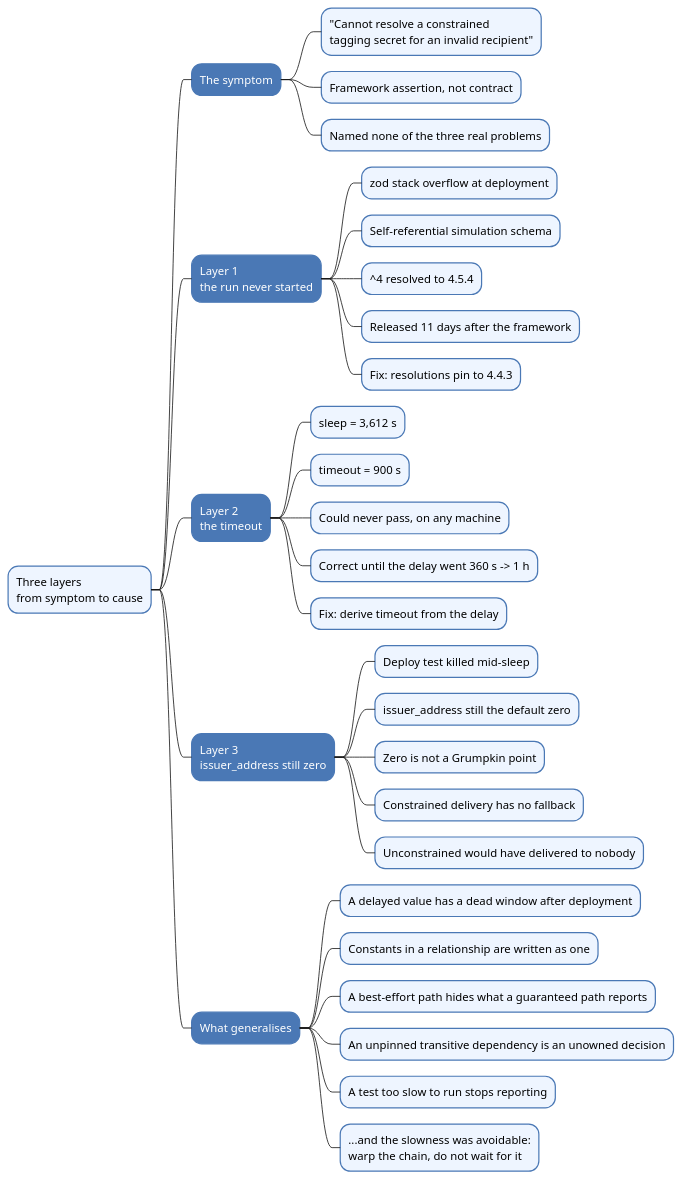
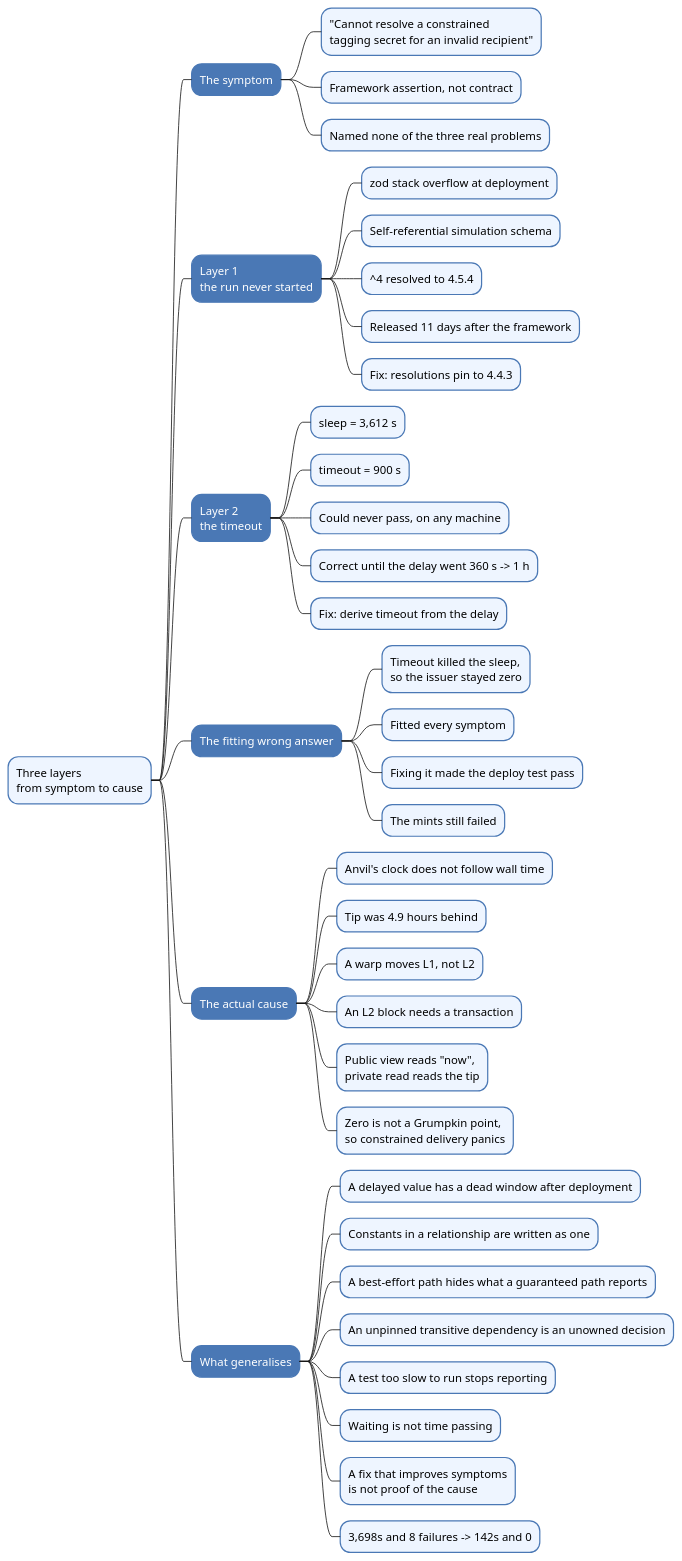
One commit to rya-sge/access-denied changed the diagram in assets/article/blockchain/aztec/2026-09-23-aztec-e2e-three-layers-mindmap.puml. Above: the diagram before and after it, drawn with PlantUML. The commit also changed 50 other files, not shown here.

```diff
--- a/assets/article/blockchain/aztec/2026-09-23-aztec-e2e-three-layers-mindmap.puml
+++ b/assets/article/blockchain/aztec/2026-09-23-aztec-e2e-three-layers-mindmap.puml
@@ -1,44 +1,52 @@
 @startmindmap
 <style>
 mindmapDiagram {
   node {
     BackgroundColor #EEF5FF
     LineColor #4A78B5
   }
   :depth(1) {
     BackgroundColor #4A78B5
     FontColor white
   }
 }
 </style>
 * Three layers\nfrom symptom to cause
 ** The symptom
 *** "Cannot resolve a constrained\ntagging secret for an invalid recipient"
 *** Framework assertion, not contract
 *** Named none of the three real problems
 ** Layer 1\nthe run never started
 *** zod stack overflow at deployment
 *** Self-referential simulation schema
 *** ^4 resolved to 4.5.4
 *** Released 11 days after the framework
 *** Fix: resolutions pin to 4.4.3
 ** Layer 2\nthe timeout
 *** sleep = 3,612 s
 *** timeout = 900 s
 *** Could never pass, on any machine
 *** Correct until the delay went 360 s -> 1 h
 *** Fix: derive timeout from the delay
-** Layer 3\nissuer_address still zero
-*** Deploy test killed mid-sleep
-*** issuer_address still the default zero
-*** Zero is not a Grumpkin point
-*** Constrained delivery has no fallback
-*** Unconstrained would have delivered to nobody
+** The fitting wrong answer
+*** Timeout killed the sleep,\nso the issuer stayed zero
+*** Fitted every symptom
+*** Fixing it made the deploy test pass
+*** The mints still failed
+** The actual cause
+*** Anvil's clock does not follow wall time
+*** Tip was 4.9 hours behind
+*** A warp moves L1, not L2
+*** An L2 block needs a transaction
+*** Public view reads "now",\nprivate read reads the tip
+*** Zero is not a Grumpkin point,\nso constrained delivery panics
 ** What generalises
 *** A delayed value has a dead window after deployment
 *** Constants in a relationship are written as one
 *** A best-effort path hides what a guaranteed path reports
 *** An unpinned transitive dependency is an unowned decision
 *** A test too slow to run stops reporting
-*** ...and the slowness was avoidable:\nwarp the chain, do not wait for it
+*** Waiting is not time passing
+*** A fix that improves symptoms\nis not proof of the cause
+*** 3,698s and 8 failures -> 142s and 0
 @endmindmap
```
